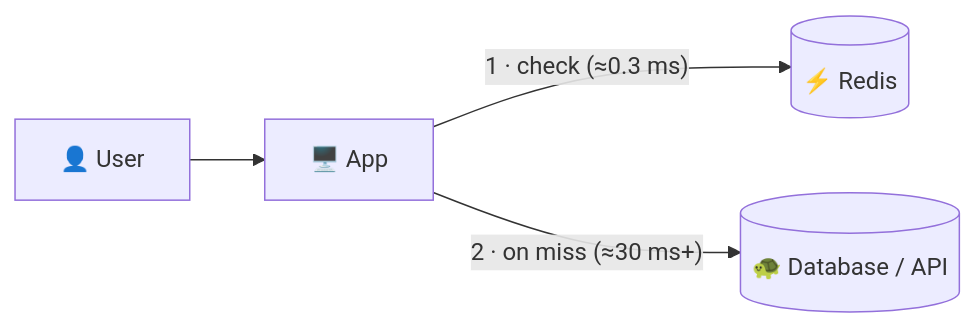
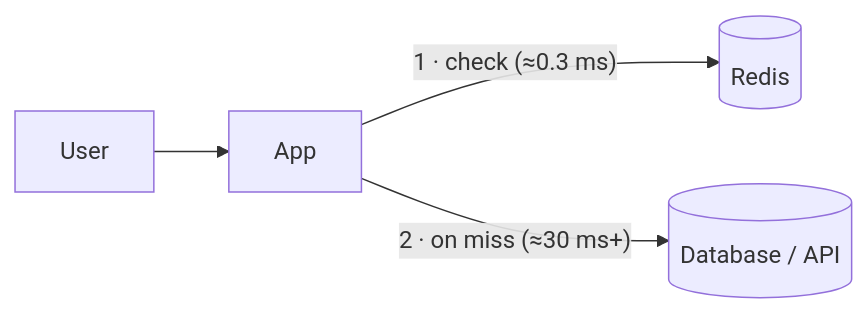
Before and after one commit to jamal474/slides: diagram 22 of 53 in src/redis.md, drawn with Mermaid. The commit also changed other lines of this file, not shown here.

First line of the commit message:
Quieter visual style for the Redis deck

````diff
--- a/src/redis.md
+++ b/src/redis.md
@@ -1110,6 +1107,6 @@
 ```mermaid
 flowchart LR
-  U["👤 User"] --> A["🖥️ App"]
-  A -- "1 · check (≈0.3 ms)" --> R[("⚡ Redis")]
-  A -- "2 · on miss (≈30 ms+)" --> DB[("🐢 Database / API")]
+  U["User"] --> A["App"]
+  A -- "1 · check (≈0.3 ms)" --> R[("Redis")]
+  A -- "2 · on miss (≈30 ms+)" --> DB[("Database / API")]
 ```
````
